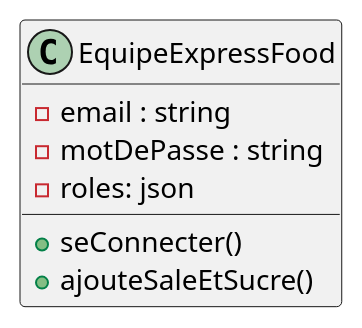
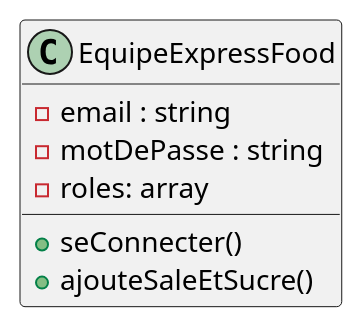
One commit to laurasullyalexandrine/expressfood changed the diagram in Class/EquipeExpressFood.puml. Above: the diagram before and after it, drawn with PlantUML. The commit also changed 1 other file, not shown here.

```diff
--- a/Class/EquipeExpressFood.puml
+++ b/Class/EquipeExpressFood.puml
@@ -1,12 +1,12 @@
 @startuml EquipeExpressFood
 
 Class EquipeExpressFood {
     - email : string
     - motDePasse : string
-    - roles: json
+    - roles: array
     
     + seConnecter()
     + ajouteSaleEtSucre()
 }
 
 @enduml
```
